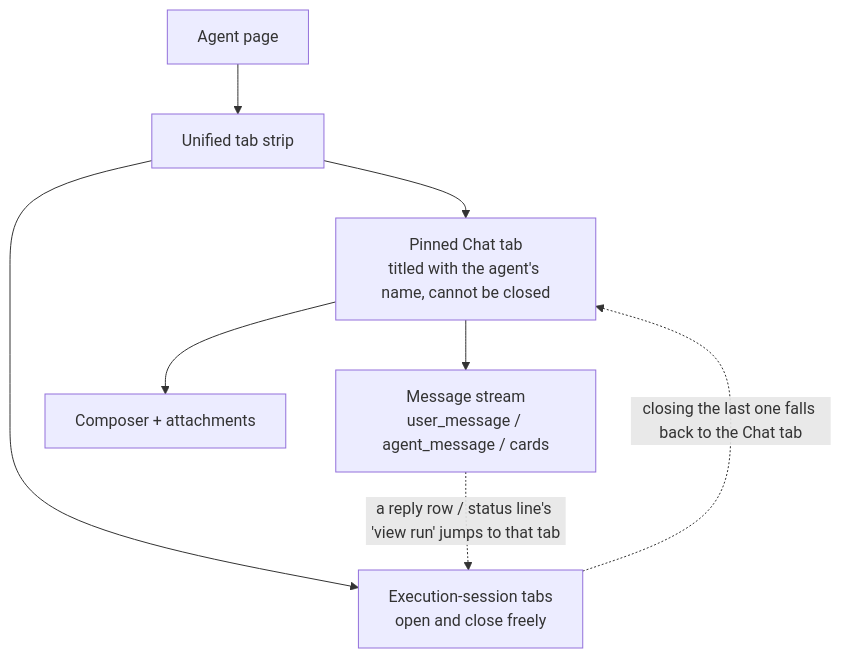
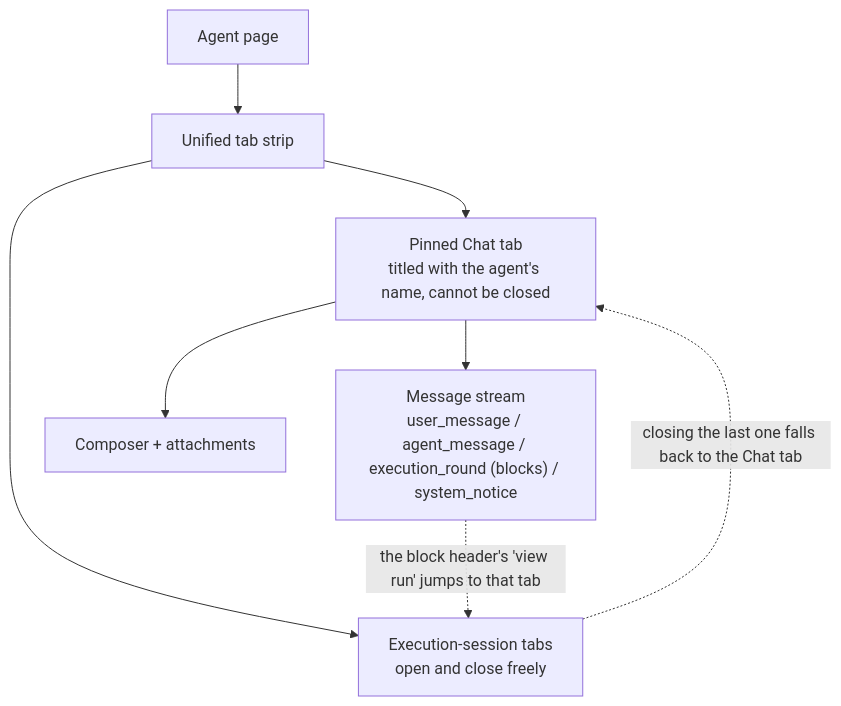
One commit to acowork/acowork changed the tenth of 10 diagrams in docs/design/en/27-intent-messaging-and-group-chat.md. Above: the diagram before and after it, drawn with Mermaid. The commit also changed other lines of this file and 3 other files, not shown here.

````diff
--- a/docs/design/en/27-intent-messaging-and-group-chat.md
+++ b/docs/design/en/27-intent-messaging-and-group-chat.md
@@ -905,10 +909,10 @@
 ```mermaid
 graph TB
     AP["Agent page"] --> BAR["Unified tab strip"]
     BAR --> CT["Pinned Chat tab<br/>titled with the agent's name, cannot be closed"]
     BAR --> ET["Execution-session tabs<br/>open and close freely"]
-    CT --> MSG["Message stream<br/>user_message / agent_message / cards"]
+    CT --> MSG["Message stream<br/>user_message / agent_message / execution_round (blocks) / system_notice"]
     CT --> INPUT["Composer + attachments"]
-    MSG -.->|"a reply row / status line's 'view run' jumps to that tab"| ET
+    MSG -.->|"the block header's 'view run' jumps to that tab"| ET
     ET -.->|"closing the last one falls back to the Chat tab"| CT
 ```
````
